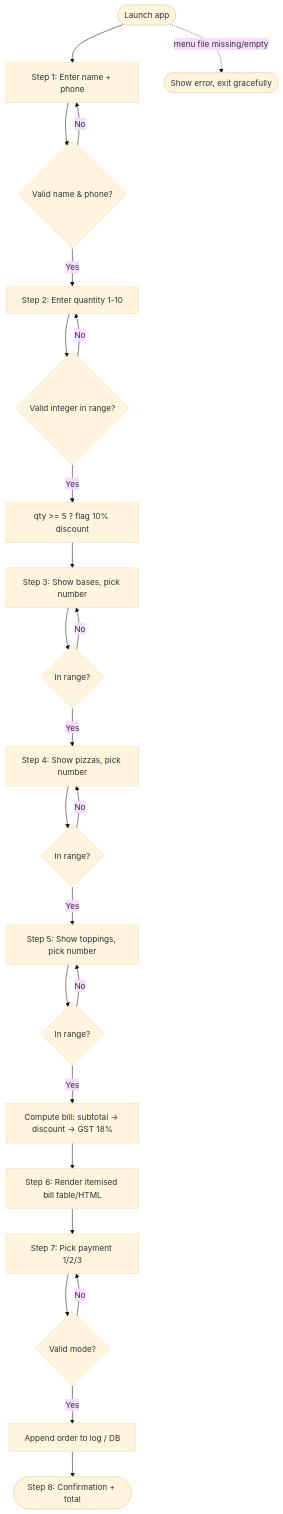
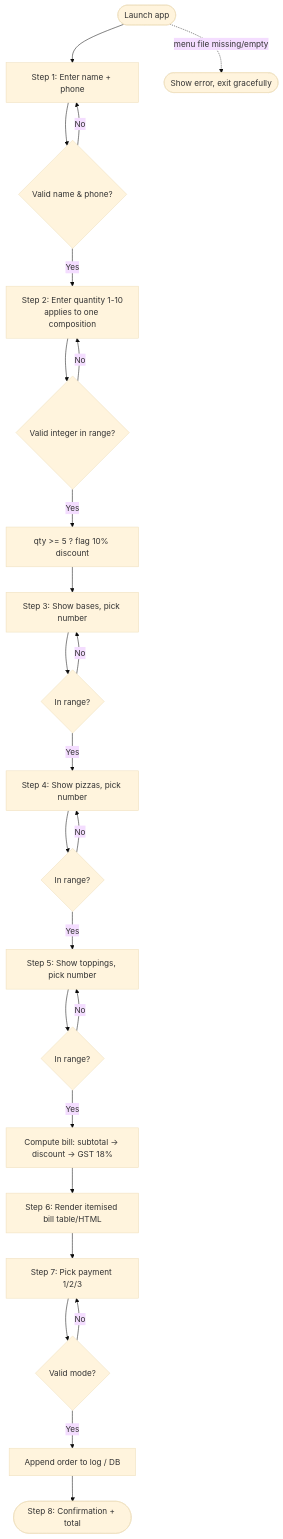
The diagram in docs/PRD.md (omiiii21/Slicematic_Agentic_Flow), drawn with Mermaid (base theme) before and after one commit. The commit also changed other lines of this file, not shown here.

Commit message:
docs: disambiguate FR-3.4 pizza composition; reframe discount as upsell nudge (#1, #2)

````diff
--- a/docs/PRD.md
+++ b/docs/PRD.md
@@ -78,29 +78,29 @@
 ```mermaid
 flowchart TD
     A([Launch app]) --> B[Step 1: Enter name + phone]
     B --> C{Valid name & phone?}
     C -- No --> B
-    C -- Yes --> D[Step 2: Enter quantity 1-10]
+    C -- Yes --> D[Step 2: Enter quantity 1-10<br/>applies to one composition]
     D --> E{Valid integer in range?}
     E -- No --> D
     E -- Yes --> F[qty >= 5 ? flag 10% discount]
     F --> G[Step 3: Show bases, pick number]
     G --> H{In range?}
     H -- No --> G
     H -- Yes --> I[Step 4: Show pizzas, pick number]
     I --> J{In range?}
     J -- No --> I
     J -- Yes --> K[Step 5: Show toppings, pick number]
     K --> L{In range?}
     L -- No --> K
     L -- Yes --> M[Compute bill: subtotal -> discount -> GST 18%]
     M --> N[Step 6: Render itemised bill table/HTML]
     N --> O[Step 7: Pick payment 1/2/3]
     O --> P{Valid mode?}
     P -- No --> O
     P -- Yes --> Q[Append order to log / DB]
     Q --> R([Step 8: Confirmation + total])
 
     %% Startup failure branch
     A -. menu file missing/empty .-> X([Show error, exit gracefully])
 ```
````
